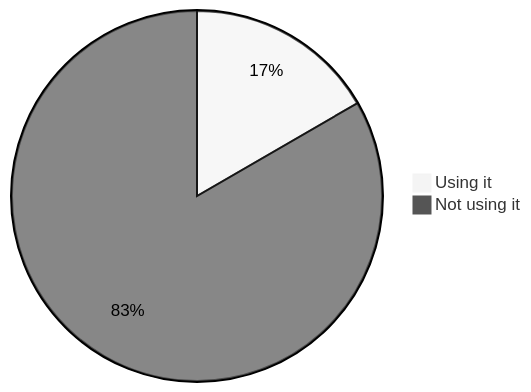
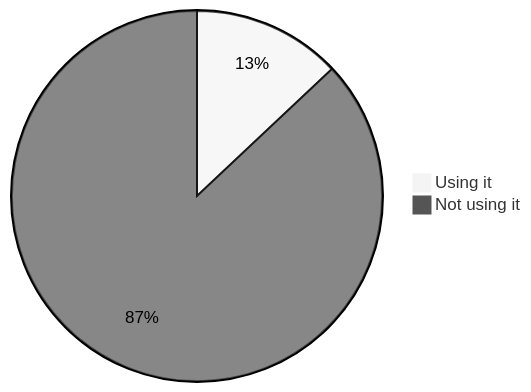
The fourth of 22 diagrams in stats.md (oshp/oshp-stats), drawn with Mermaid (neutral theme) before and after one commit. The commit also changed other lines of this file, not shown here.

````diff
--- a/stats.md
+++ b/stats.md
@@ -46,6 +46,6 @@
 ```mermaid
 pie
-	"Using it" : 16.65
-	"Not using it" : 83.35
+	"Using it" : 12.98
+	"Not using it" : 87.02
 
 ```
````
